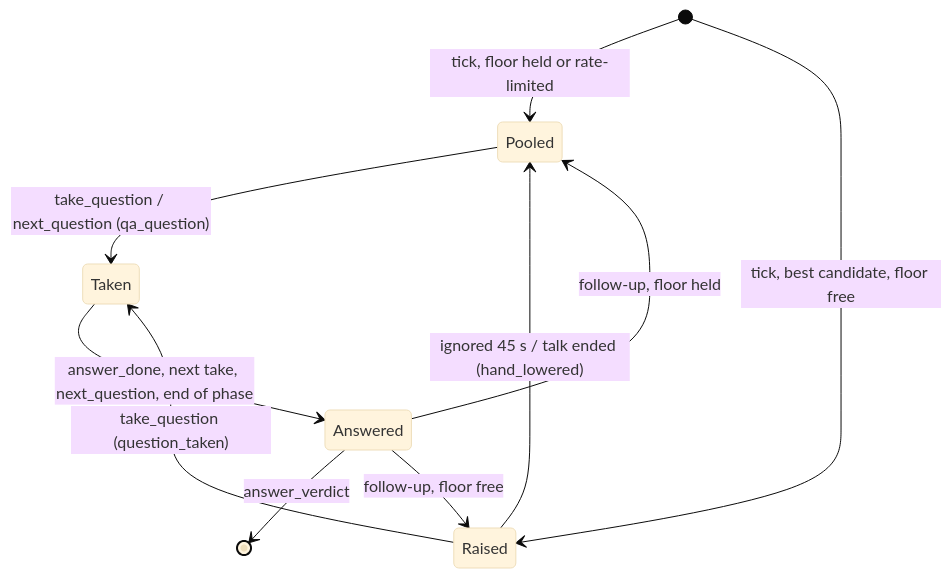
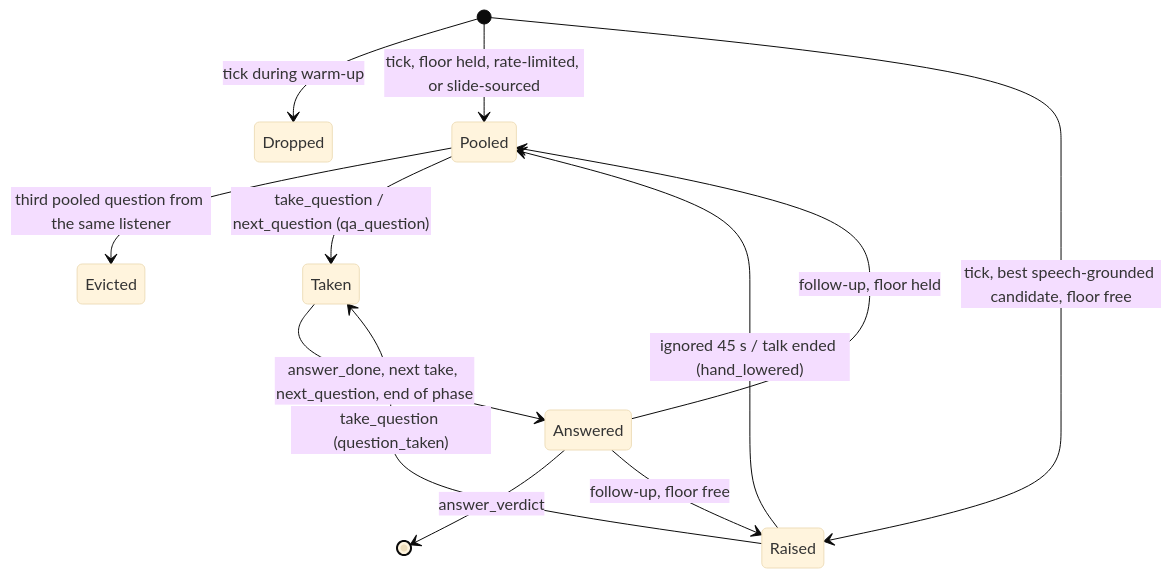
The first of 2 diagrams in .kiro/specs/hand-raise-and-answers/design.md (JaswanthP6878/YapLab), drawn with Mermaid (base theme) before and after one commit. The commit also changed other lines of this file and 8 other files, not shown here.

````diff
--- a/.kiro/specs/hand-raise-and-answers/design.md
+++ b/.kiro/specs/hand-raise-and-answers/design.md
@@ -11,12 +11,14 @@
 ```mermaid
 stateDiagram-v2
-    [*] --> Pooled: tick, floor held or rate-limited
-    [*] --> Raised: tick, best candidate, floor free
+    [*] --> Dropped: tick during warm-up
+    [*] --> Pooled: tick, floor held, rate-limited, or slide-sourced
+    [*] --> Raised: tick, best speech-grounded candidate, floor free
+    Pooled --> Evicted: third pooled question from the same listener
     Raised --> Pooled: ignored 45 s / talk ended (hand_lowered)
     Raised --> Taken: take_question (question_taken)
     Pooled --> Taken: take_question / next_question (qa_question)
     Taken --> Answered: answer_done, next take, next_question, end of phase
     Answered --> [*]: answer_verdict
     Answered --> Raised: follow-up, floor free
     Answered --> Pooled: follow-up, floor held
 ```
````
